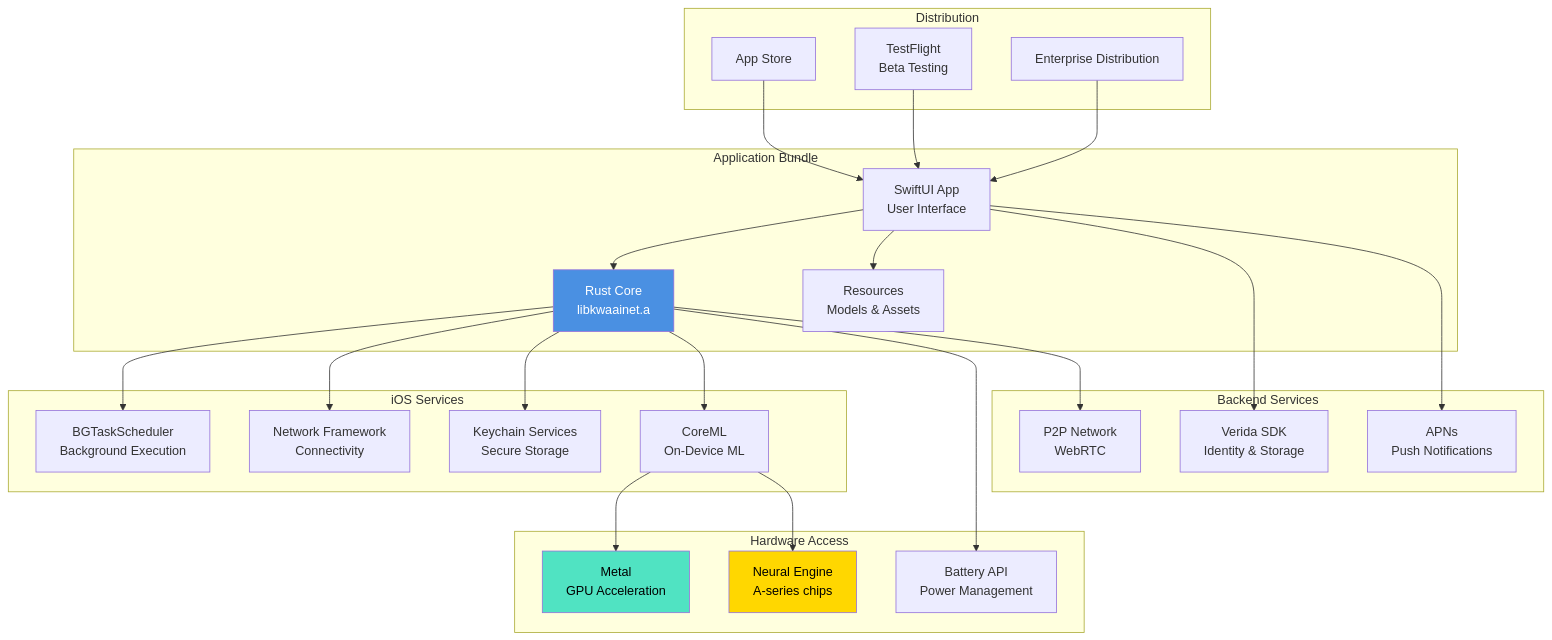
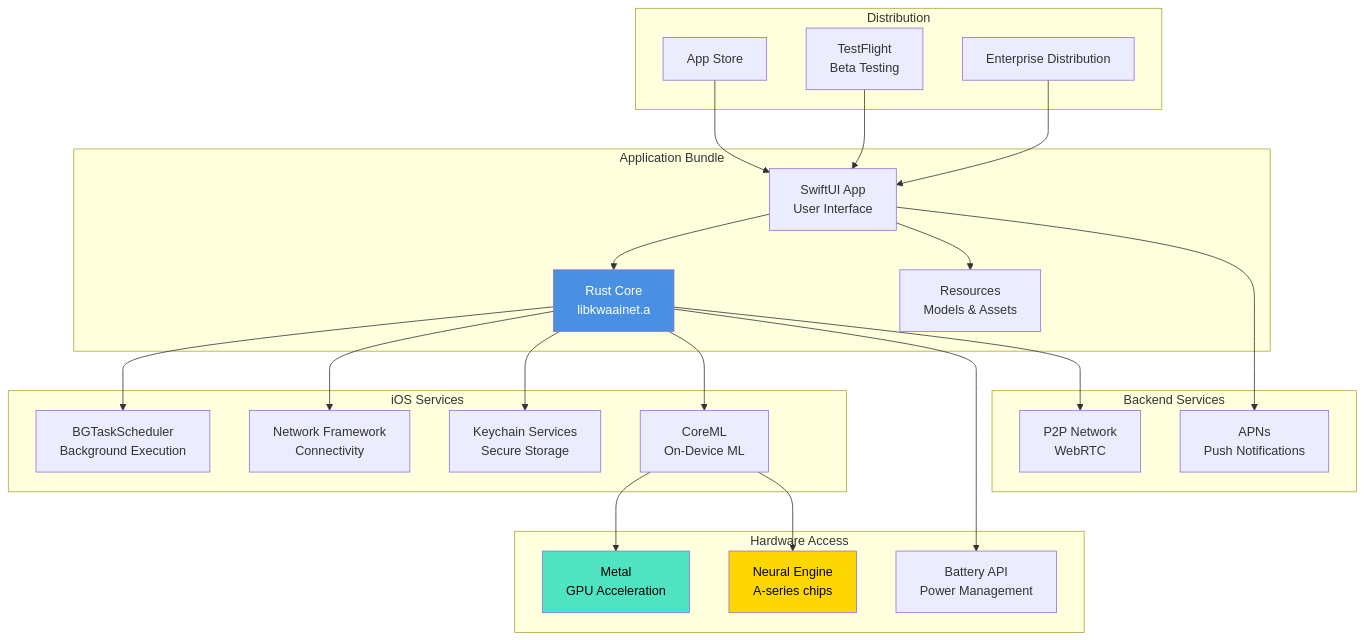
The fourth of 17 diagrams in docs/DEPLOYMENT_ARCHITECTURE.md (Kwaai-AI-Lab/KwaaiNet), drawn with Mermaid before and after one commit. The commit also changed other lines of this file and 28 other files, not shown here.

````diff
--- a/docs/DEPLOYMENT_ARCHITECTURE.md
+++ b/docs/DEPLOYMENT_ARCHITECTURE.md
@@ -219,57 +217,55 @@
 ```mermaid
 graph TB
     subgraph "Distribution"
         AppStore[App Store]
         TestFlight[TestFlight<br/>Beta Testing]
         Enterprise[Enterprise Distribution]
     end
 
     subgraph "Application Bundle"
         SwiftUI[SwiftUI App<br/>User Interface]
         RustCore[Rust Core<br/>libkwaainet.a]
         Resources[Resources<br/>Models & Assets]
     end
 
     subgraph "iOS Services"
         BGTask[BGTaskScheduler<br/>Background Execution]
         Network[Network Framework<br/>Connectivity]
         Keychain[Keychain Services<br/>Secure Storage]
         CoreML[CoreML<br/>On-Device ML]
     end
 
     subgraph "Hardware Access"
         Metal[Metal<br/>GPU Acceleration]
         NeuralEngine[Neural Engine<br/>A-series chips]
         BatteryAPI[Battery API<br/>Power Management]
     end
 
     subgraph "Backend Services"
         P2P[P2P Network<br/>WebRTC]
-        Verida[Verida SDK<br/>Identity & Storage]
         Push[APNs<br/>Push Notifications]
     end
 
     AppStore --> SwiftUI
     TestFlight --> SwiftUI
     Enterprise --> SwiftUI
 
     SwiftUI --> RustCore
     SwiftUI --> Resources
 
     RustCore --> BGTask
     RustCore --> Network
     RustCore --> Keychain
     RustCore --> CoreML
 
     CoreML --> Metal
     CoreML --> NeuralEngine
     RustCore --> BatteryAPI
 
     RustCore --> P2P
-    SwiftUI --> Verida
     SwiftUI --> Push
 
     style RustCore fill:#4A90E2,color:#fff
     style Metal fill:#50E3C2,color:#000
     style NeuralEngine fill:#FFD700,color:#000
 ```
````
